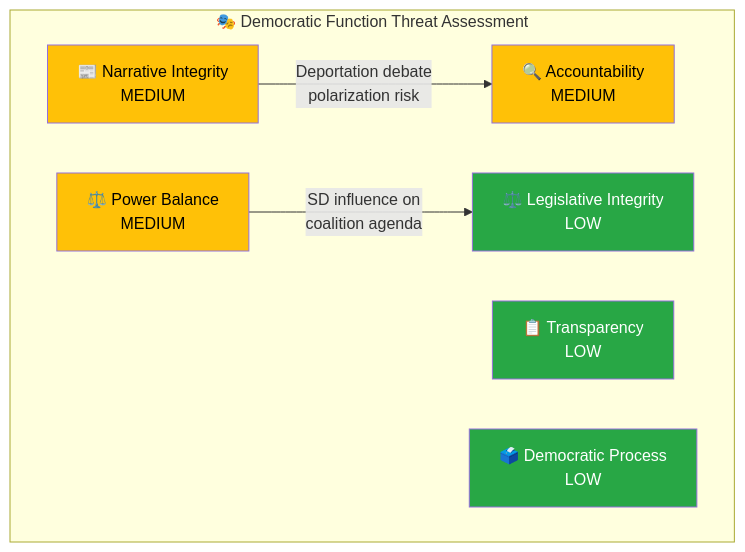
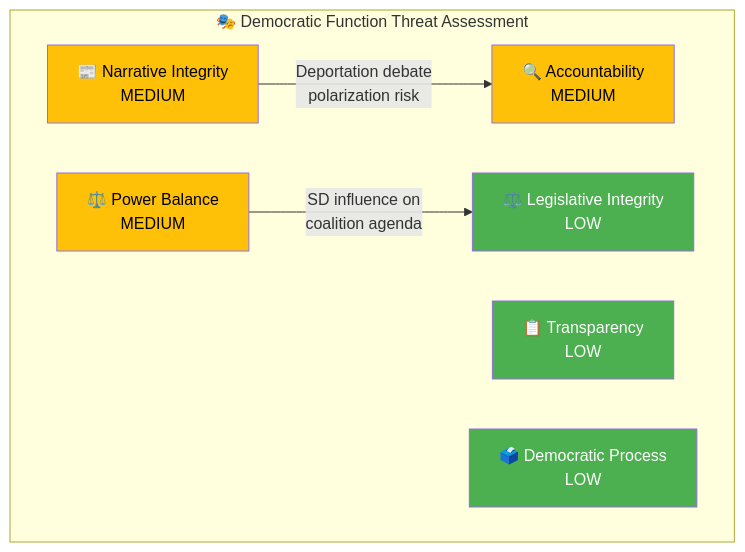
Before and after one commit to Hack23/riksdagsmonitor: the first of 2 diagrams in analysis/daily/2026-04-03/realtime-1018/threat-analysis.md, drawn with Mermaid. The commit also changed other lines of this file and 785 other files, not shown here.

First line of the commit message:
Normalize mermaid colors across 786 analysis artifacts to ISMS Style Guide palette

````diff
--- a/analysis/daily/2026-04-03/realtime-1018/threat-analysis.md
+++ b/analysis/daily/2026-04-03/realtime-1018/threat-analysis.md
@@ -18,21 +18,21 @@
 ```mermaid
 graph TD
     subgraph "🎭 Democratic Function Threat Assessment"
         NI["📰 Narrative Integrity<br/>MEDIUM"]
         LI["⚖️ Legislative Integrity<br/>LOW"]
         AC["🔍 Accountability<br/>MEDIUM"]
         TR["📋 Transparency<br/>LOW"]
         DP["🗳️ Democratic Process<br/>LOW"]
         PB["⚖️ Power Balance<br/>MEDIUM"]
     end
 
     NI -->|"Deportation debate<br/>polarization risk"| AC
     PB -->|"SD influence on<br/>coalition agenda"| LI
 
-    style NI fill:#ffc107,color:#000
-    style LI fill:#28a745,color:#fff
-    style AC fill:#ffc107,color:#000
-    style TR fill:#28a745,color:#fff
-    style DP fill:#28a745,color:#fff
-    style PB fill:#ffc107,color:#000
+    style NI fill:#FFC107,color:#000000
+    style LI fill:#4CAF50,color:#FFFFFF
+    style AC fill:#FFC107,color:#000000
+    style TR fill:#4CAF50,color:#FFFFFF
+    style DP fill:#4CAF50,color:#FFFFFF
+    style PB fill:#FFC107,color:#000000
 ```
````
